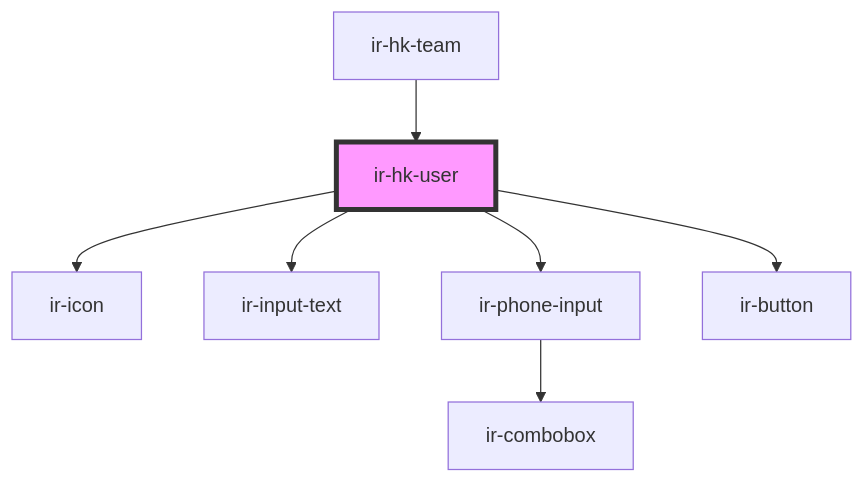
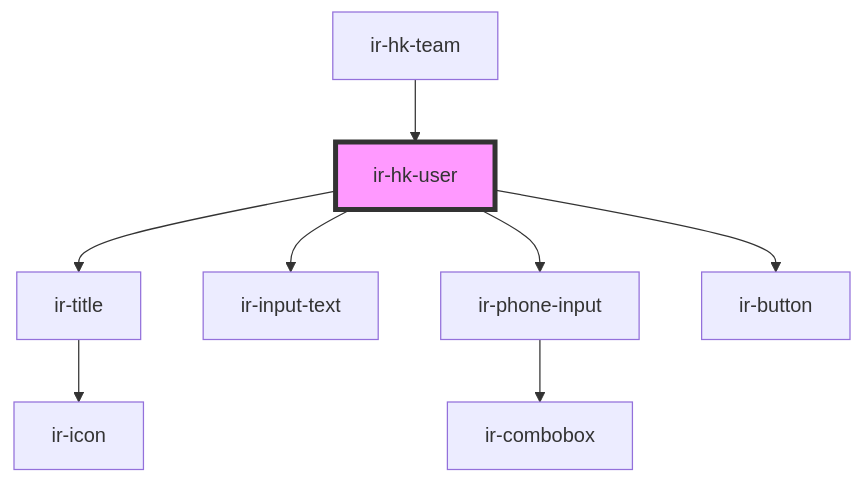
One commit to David1Chowaifaty/modified-ir-webcmp changed the diagram in src/components/ir-housekeeping/ir-hk-user/readme.md. Above: the diagram before and after it, drawn with Mermaid. The commit also changed other lines of this file and 16 other files, not shown here.

````diff
--- a/src/components/ir-housekeeping/ir-hk-user/readme.md
+++ b/src/components/ir-housekeeping/ir-hk-user/readme.md
@@ -38,10 +38,11 @@
 ```mermaid
 graph TD;
-  ir-hk-user --> ir-icon
+  ir-hk-user --> ir-title
   ir-hk-user --> ir-input-text
   ir-hk-user --> ir-phone-input
   ir-hk-user --> ir-button
+  ir-title --> ir-icon
   ir-phone-input --> ir-combobox
   ir-hk-team --> ir-hk-user
   style ir-hk-user fill:#f9f,stroke:#333,stroke-width:4px
 ```
````
